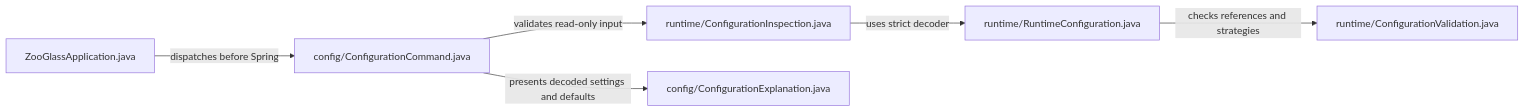
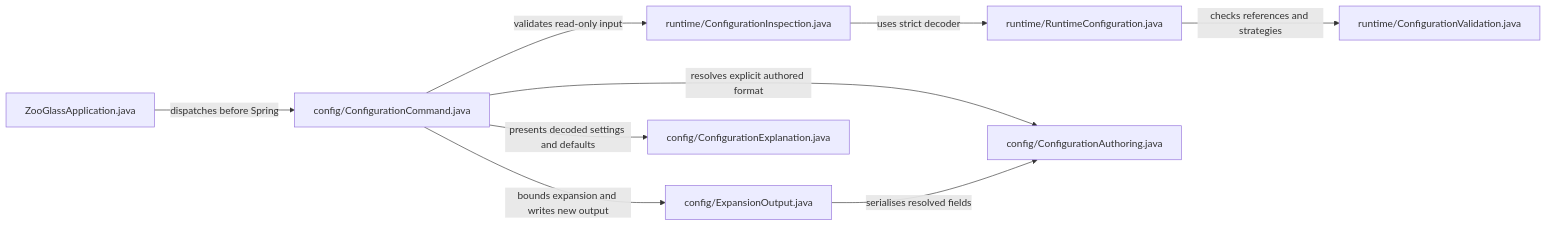
Before and after one commit to sproates/zooglass: the first of 23 diagrams in zooglass/docs/source-map.md, drawn with Mermaid. The commit also changed 19 other files, not shown here.

Commit message:
Expand explicit local configuration templates into runtime JSON

````diff
--- a/zooglass/docs/source-map.md
+++ b/zooglass/docs/source-map.md
@@ -21,8 +21,11 @@
 ```mermaid
 flowchart LR
   app["ZooGlassApplication.java"] -->|dispatches before Spring| cli["config/ConfigurationCommand.java"]
   cli -->|validates read-only input| inspect["runtime/ConfigurationInspection.java"]
   inspect -->|uses strict decoder| config["runtime/RuntimeConfiguration.java"]
   config -->|checks references and strategies| validation["runtime/ConfigurationValidation.java"]
+  cli -->|resolves explicit authored format| authored["config/ConfigurationAuthoring.java"]
+  cli -->|bounds expansion and writes new output| output["config/ExpansionOutput.java"]
+  output -->|serialises resolved fields| authored
   cli -->|presents decoded settings and defaults| explain["config/ConfigurationExplanation.java"]
 ```
````
